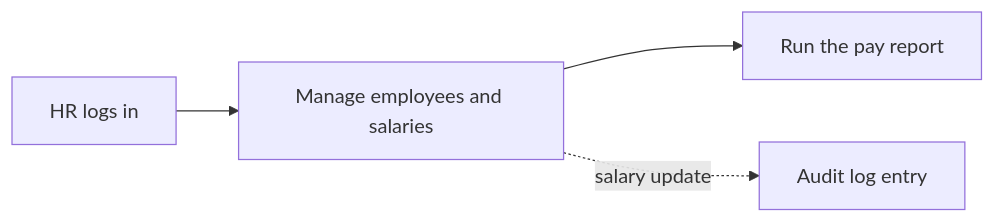
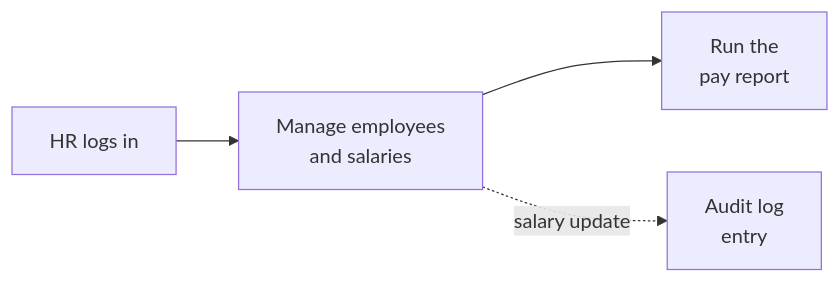
The diagram in docs/requirements.md (Moin-A/salary-manager-acme), drawn with Mermaid before and after one commit.

Commit message:
docs: keep the requirements diagram labels from truncating [Docs]
Splits the longer flowchart labels onto two lines so GitHub's Mermaid
rendering doesn't cut them off.

````diff
--- a/docs/requirements.md
+++ b/docs/requirements.md
@@ -38,6 +38,6 @@
 ```mermaid
 flowchart LR
-  A[HR logs in] --> B[Manage employees and salaries]
-  B --> C[Run the pay report]
-  B -.->|salary update| D[Audit log entry]
+  A["HR logs in"] --> B["Manage employees<br/>and salaries"]
+  B --> C["Run the<br/>pay report"]
+  B -.->|salary update| D["Audit log<br/>entry"]
 ```
````
